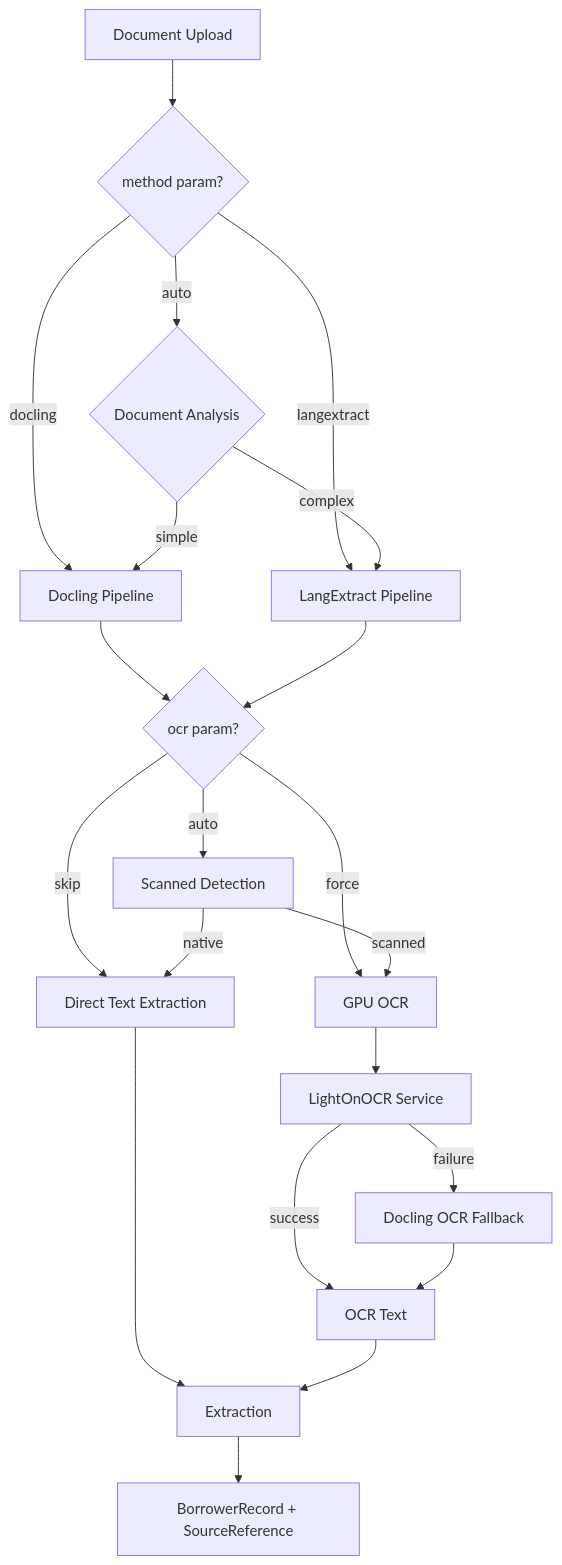
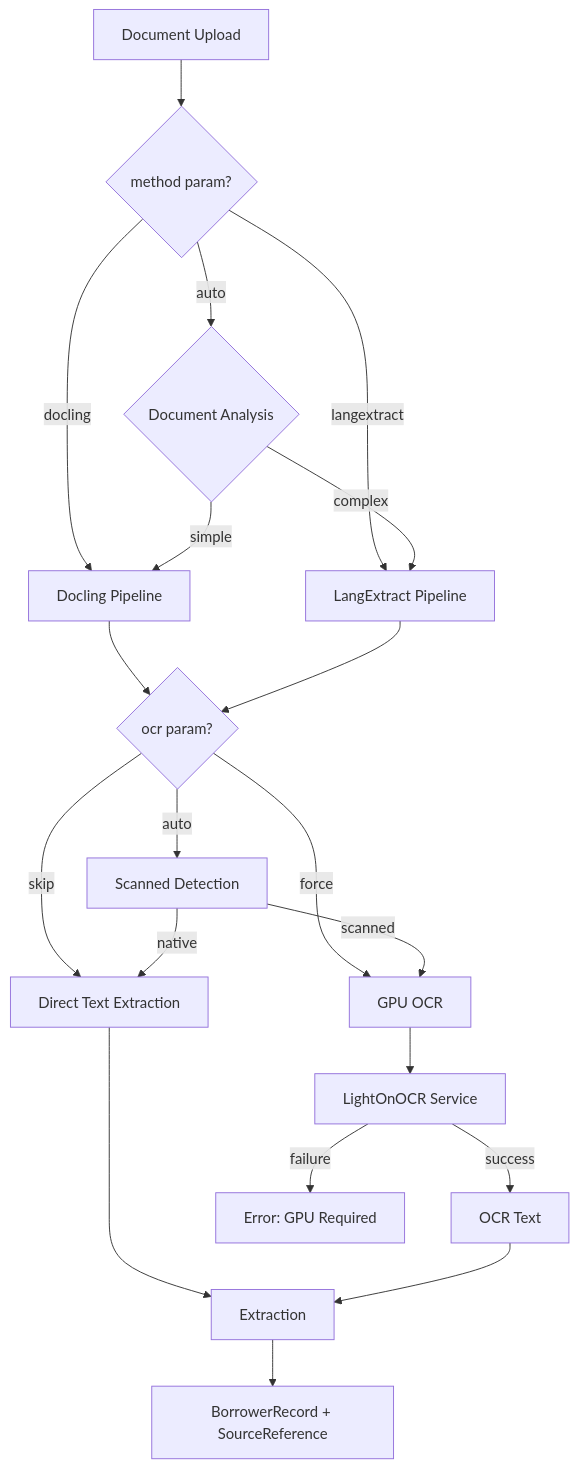
One commit to gregorydickson/loan changed the second of 7 diagrams in docs/SYSTEM_DESIGN.md. Above: the diagram before and after it, drawn with Mermaid. The commit also changed other lines of this file, not shown here.

````diff
--- a/docs/SYSTEM_DESIGN.md
+++ b/docs/SYSTEM_DESIGN.md
@@ -116,24 +133,23 @@
 ```mermaid
 flowchart TD
     A[Document Upload] --> B{method param?}
     B -->|docling| C[Docling Pipeline]
     B -->|langextract| D[LangExtract Pipeline]
     B -->|auto| E{Document Analysis}
     E -->|simple| C
     E -->|complex| D
 
     C --> F{ocr param?}
     D --> F
     F -->|skip| G[Direct Text Extraction]
     F -->|auto| H[Scanned Detection]
     F -->|force| I[GPU OCR]
     H -->|scanned| I
     H -->|native| G
     I --> J[LightOnOCR Service]
     J -->|success| K[OCR Text]
-    J -->|failure| L[Docling OCR Fallback]
-    L --> K
+    J -->|failure| L[Error: GPU Required]
     G --> M[Extraction]
     K --> M
     M --> N[BorrowerRecord + SourceReference]
 ```
````
